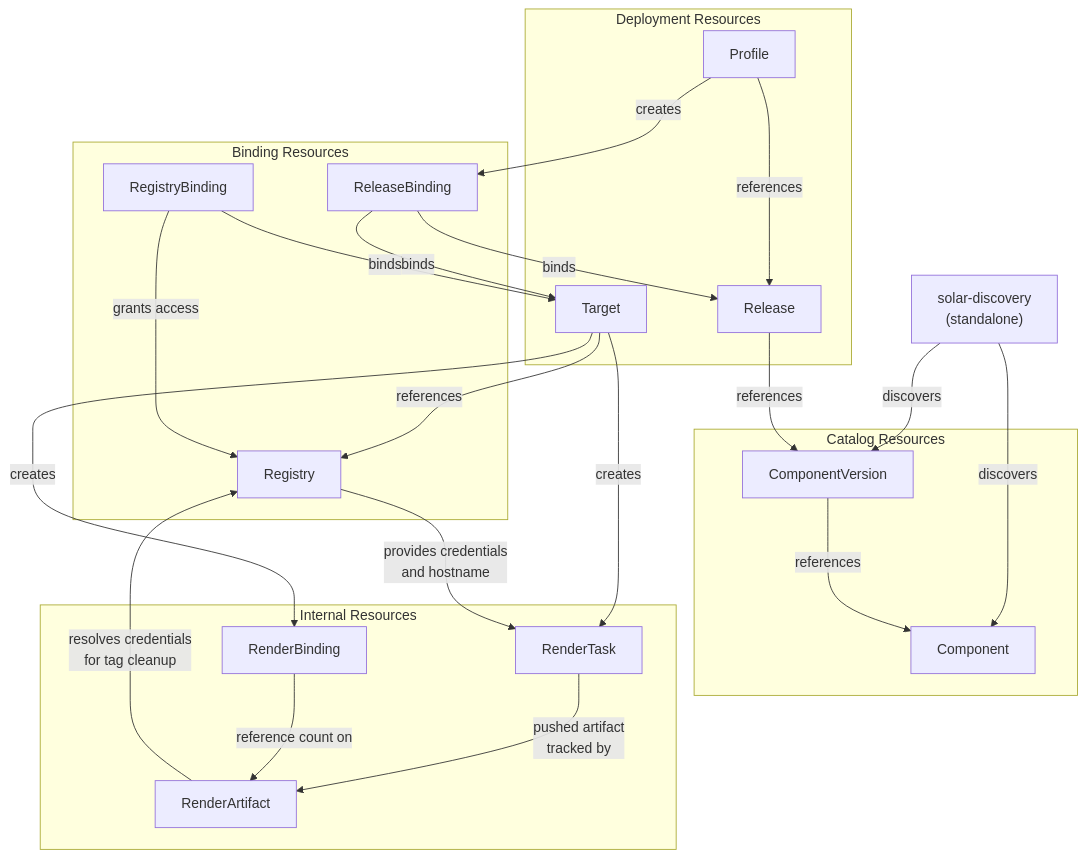
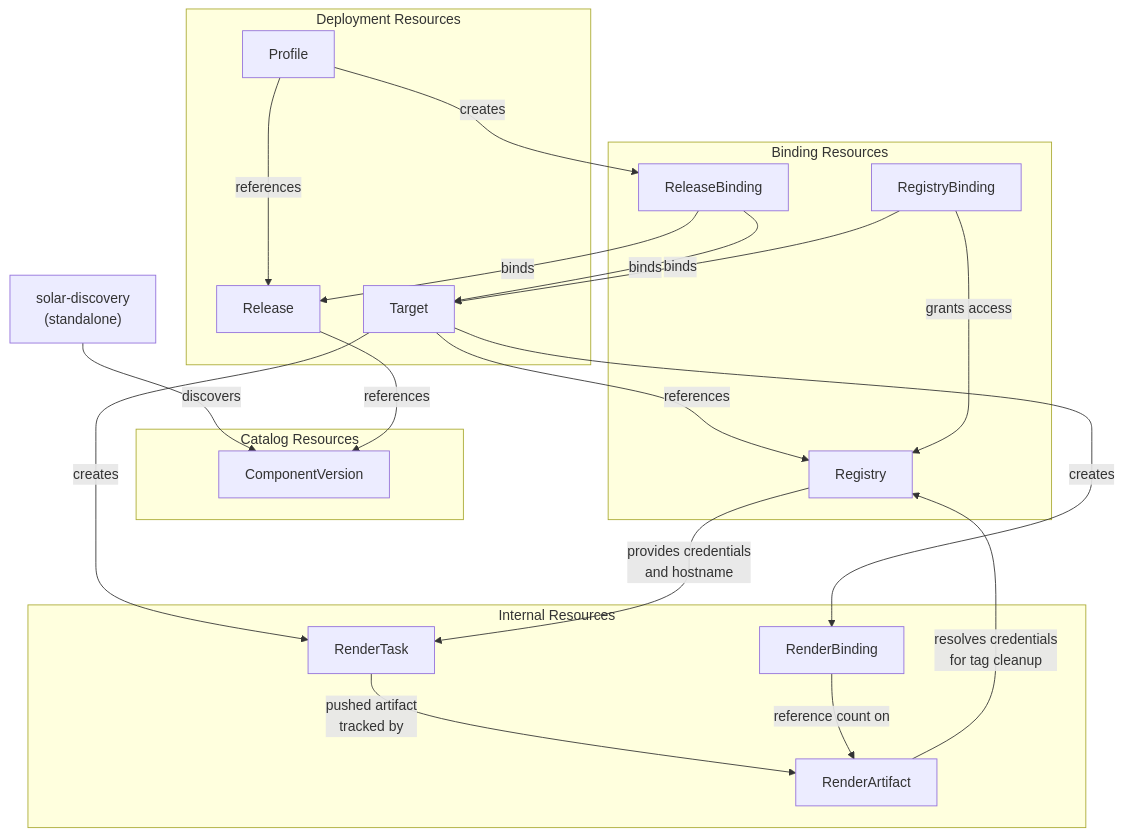
The second of 2 diagrams in docs/developer-guide/architecture.md (opendefensecloud/solution-arsenal), drawn with Mermaid before and after one commit. The commit also changed other lines of this file and 5 other files, not shown here.

````diff
--- a/docs/developer-guide/architecture.md
+++ b/docs/developer-guide/architecture.md
@@ -88,49 +88,46 @@
 ```mermaid
 graph TB
     subgraph "Catalog Resources"
-        Component["Component"]
         ComponentVersion["ComponentVersion"]
     end
 
     subgraph "Deployment Resources"
         Release["Release"]
         Target["Target"]
         Profile["Profile"]
     end
 
     subgraph "Binding Resources"
         ReleaseBinding["ReleaseBinding"]
         RegistryBinding["RegistryBinding"]
         Registry["Registry"]
     end
 
     subgraph "Internal Resources"
         RenderTask["RenderTask"]
         RenderArtifact["RenderArtifact"]
         RenderBinding["RenderBinding"]
     end
 
     SolArDiscovery["solar-discovery<br/>(standalone)"] -->|"discovers"| ComponentVersion
-    SolArDiscovery -->|"discovers"| Component
 
-    ComponentVersion -->|"references"| Component
     Release -->|"references"| ComponentVersion
 
     Profile -->|"references"| Release
     Profile -->|"creates"| ReleaseBinding
 
     ReleaseBinding -->|"binds"| Release
     ReleaseBinding -->|"binds"| Target
 
     Target -->|"references"| Registry
     RegistryBinding -->|"grants access"| Registry
     RegistryBinding -->|"binds"| Target
     Target -->|"creates"| RenderTask
 
     Registry -->|"provides credentials<br/>and hostname"| RenderTask
 
     RenderTask -->|"pushed artifact<br/>tracked by"| RenderArtifact
     Target -->|"creates"| RenderBinding
     RenderBinding -->|"reference count on"| RenderArtifact
     RenderArtifact -->|"resolves credentials<br/>for tag cleanup"| Registry
 ```
````
